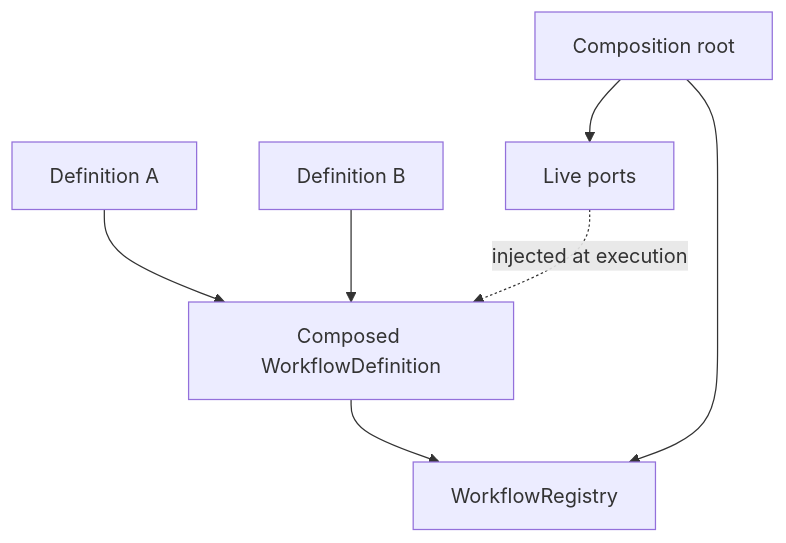
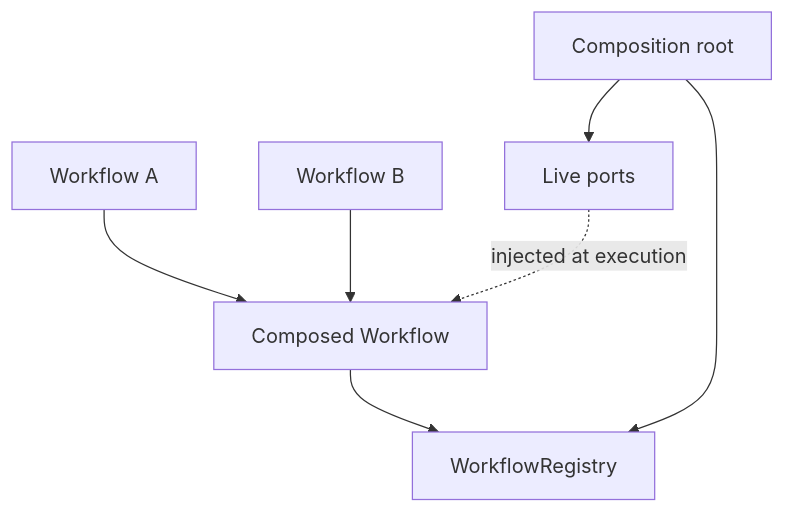
Before and after one commit to theGeekist/llm-core: the diagram in docs/orchestration/composition-patterns.md, drawn with Mermaid. The commit also changed other lines of this file and 203 other files, not shown here.

````diff
--- a/docs/orchestration/composition-patterns.md
+++ b/docs/orchestration/composition-patterns.md
@@ -16,16 +16,16 @@
 ```mermaid
 flowchart TB
   root["Composition root"]
   registry["WorkflowRegistry"]
-  first["Definition A"]
-  second["Definition B"]
-  composed["Composed WorkflowDefinition"]
+  first["Workflow A"]
+  second["Workflow B"]
+  composed["Composed Workflow"]
   ports["Live ports"]
 
   first --> composed
   second --> composed
   composed --> registry
   root --> registry
   root --> ports
   ports -. "injected at execution" .-> composed
 ```
````
